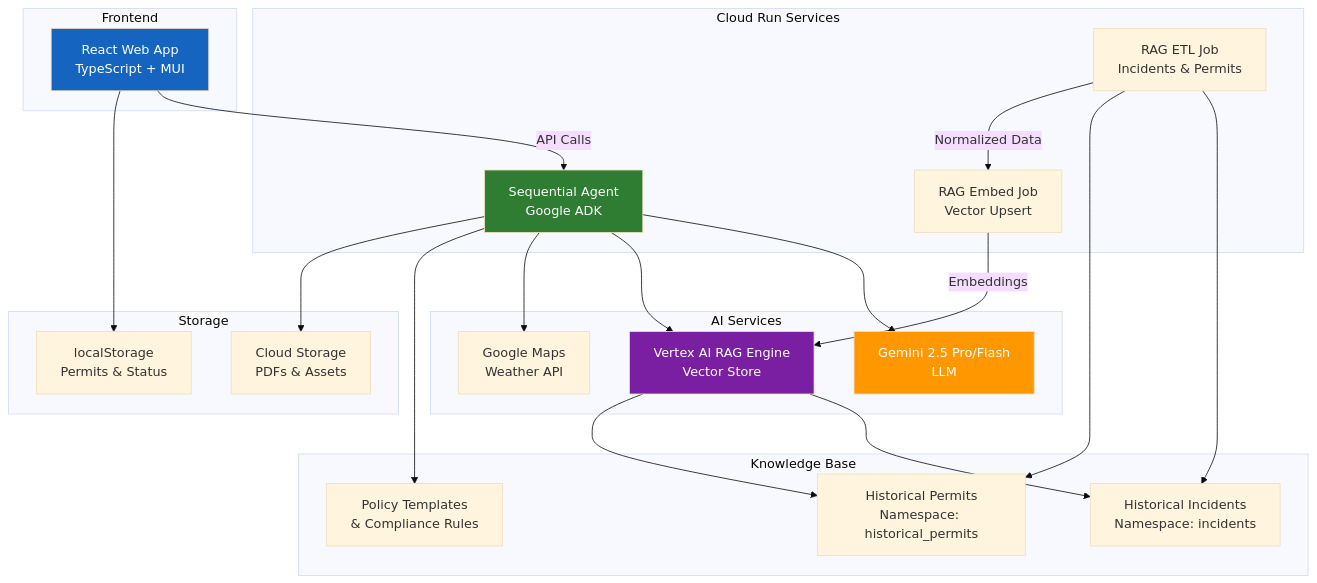
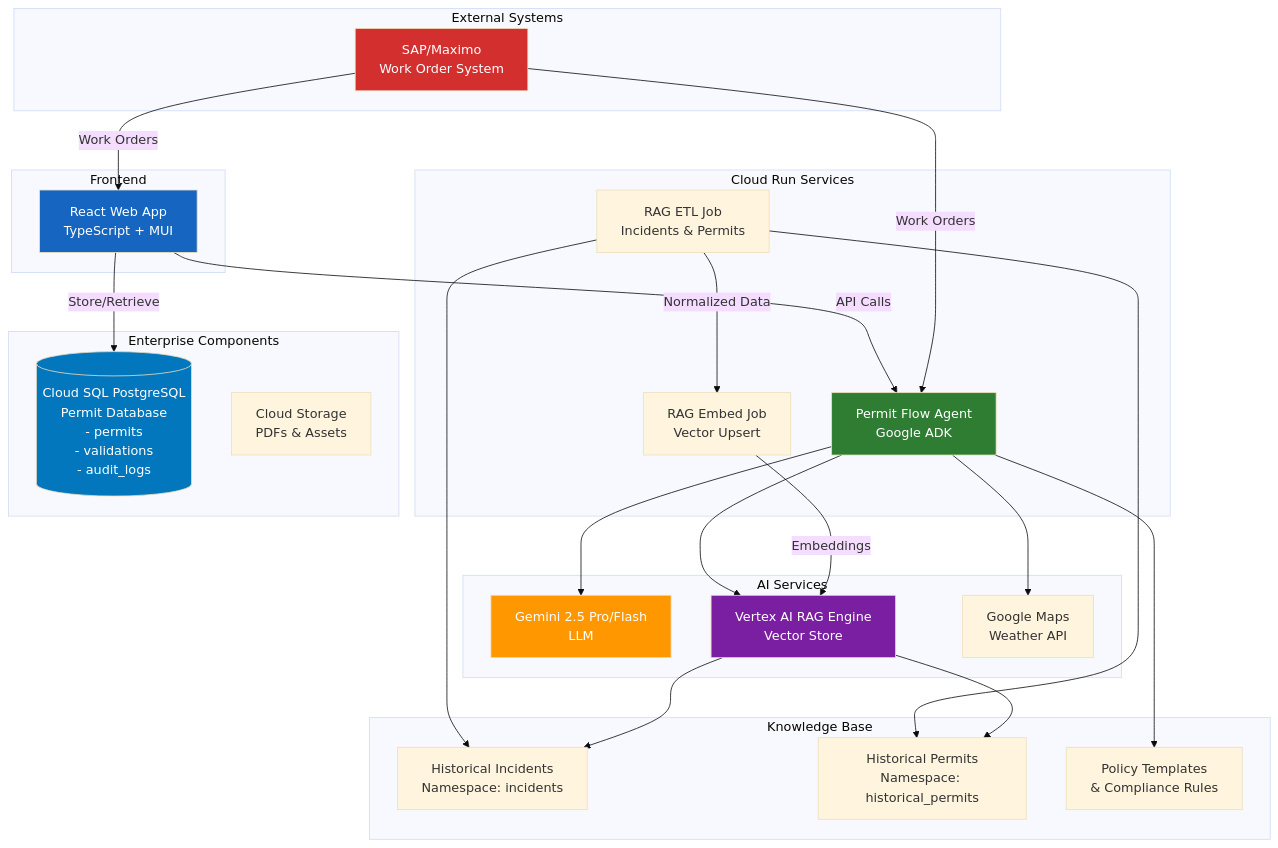
The diagram in docs/diagrams/architecture.mmd (sagban/permitflowAI), drawn with Mermaid (base theme) before and after one commit. The commit also changed other lines of this file and 2 other files, not shown here.

Commit message:
updated architecture

```diff
--- a/docs/diagrams/architecture.mmd
+++ b/docs/diagrams/architecture.mmd
@@ -1,48 +1,56 @@
 graph TB
     subgraph "Frontend"
         UI[React Web App<br/>TypeScript + MUI]
     end
     
     subgraph "Cloud Run Services"
-        AGENT[Sequential Agent<br/>Google ADK]
+        AGENT[Permit Flow Agent<br/>Google ADK]
         ETL1[RAG ETL Job<br/>Incidents & Permits]
         ETL2[RAG Embed Job<br/>Vector Upsert]
     end
     
     subgraph "AI Services"
         GEMINI[Gemini 2.5 Pro/Flash<br/>LLM]
         RAG[Vertex AI RAG Engine<br/>Vector Store]
         WEATHER[Google Maps<br/>Weather API]
     end
     
-    subgraph "Storage"
+    subgraph "Enterprise Components"
+        DB[(Cloud SQL PostgreSQL<br/>Permit Database<br/>- permits<br/>- validations<br/>- audit_logs)]
         GCS[Cloud Storage<br/>PDFs & Assets]
-        LOCAL[localStorage<br/>Permits & Status]
+    end
+    
+    subgraph "External Systems"
+        SAP[SAP/Maximo<br/>Work Order System]
     end
     
     subgraph "Knowledge Base"
         INCIDENTS[Historical Incidents<br/>Namespace: incidents]
         PERMITS[Historical Permits<br/>Namespace: historical_permits]
         POLICY[Policy Templates<br/>& Compliance Rules]
     end
     
     UI -->|API Calls| AGENT
+    UI -->|Store/Retrieve| DB
     AGENT --> GEMINI
     AGENT --> RAG
     AGENT --> WEATHER
     AGENT --> POLICY
-    AGENT --> GCS
-    UI --> LOCAL
+    
+    SAP -->|Work Orders| UI
+    SAP -->|Work Orders| AGENT
     
     ETL1 --> INCIDENTS
     ETL1 --> PERMITS
     ETL1 -->|Normalized Data| ETL2
     ETL2 -->|Embeddings| RAG
     
     RAG --> INCIDENTS
     RAG --> PERMITS
     
-    style UI fill:#1565C0,color:#fff
+    style UI fill:#1565C1,color:#fff
     style AGENT fill:#2E7D32,color:#fff
     style GEMINI fill:#FF9800,color:#fff
     style RAG fill:#7B1FA2,color:#fff
+    style DB fill:#0277BD,color:#fff
+    style SAP fill:#D32F2F,color:#fff
```
